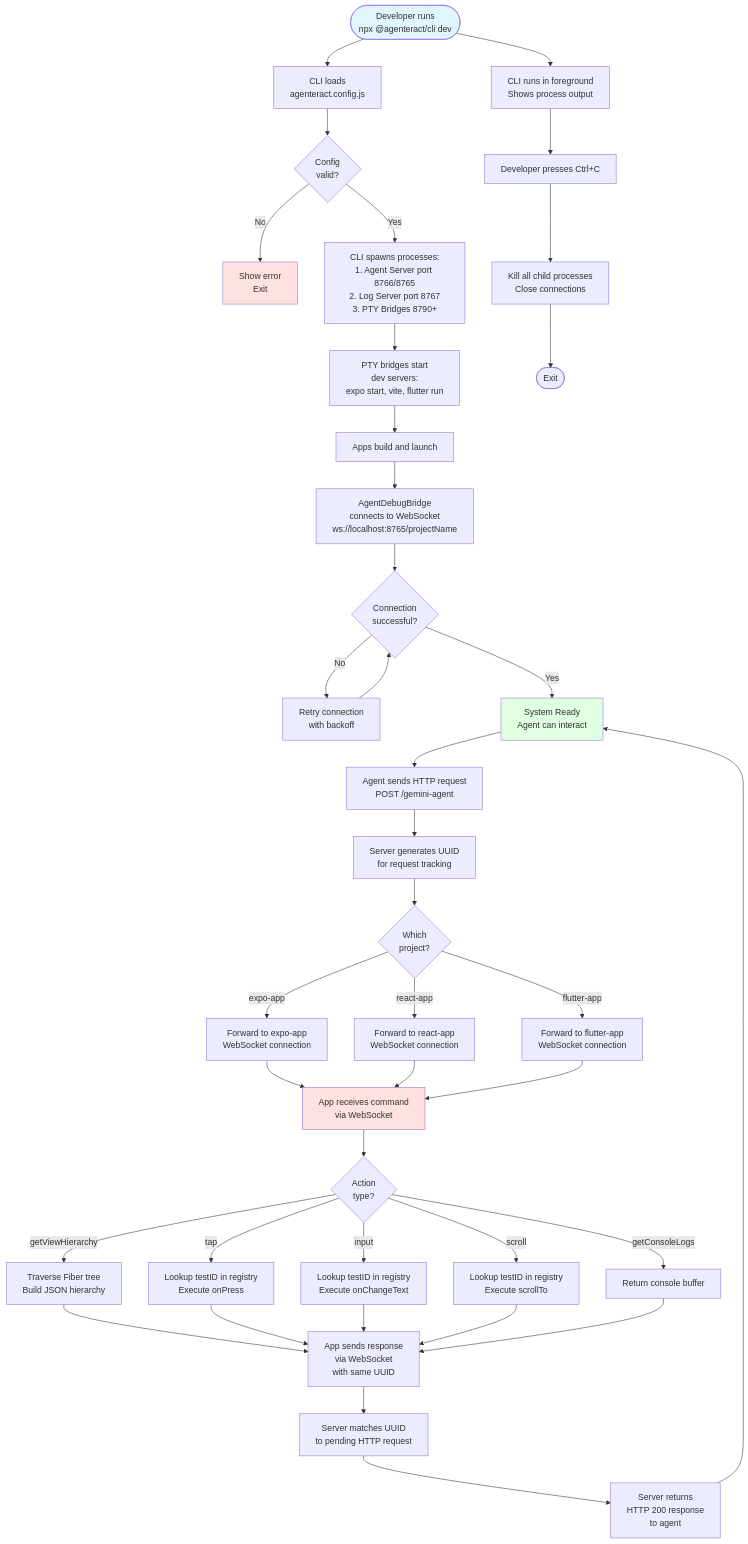
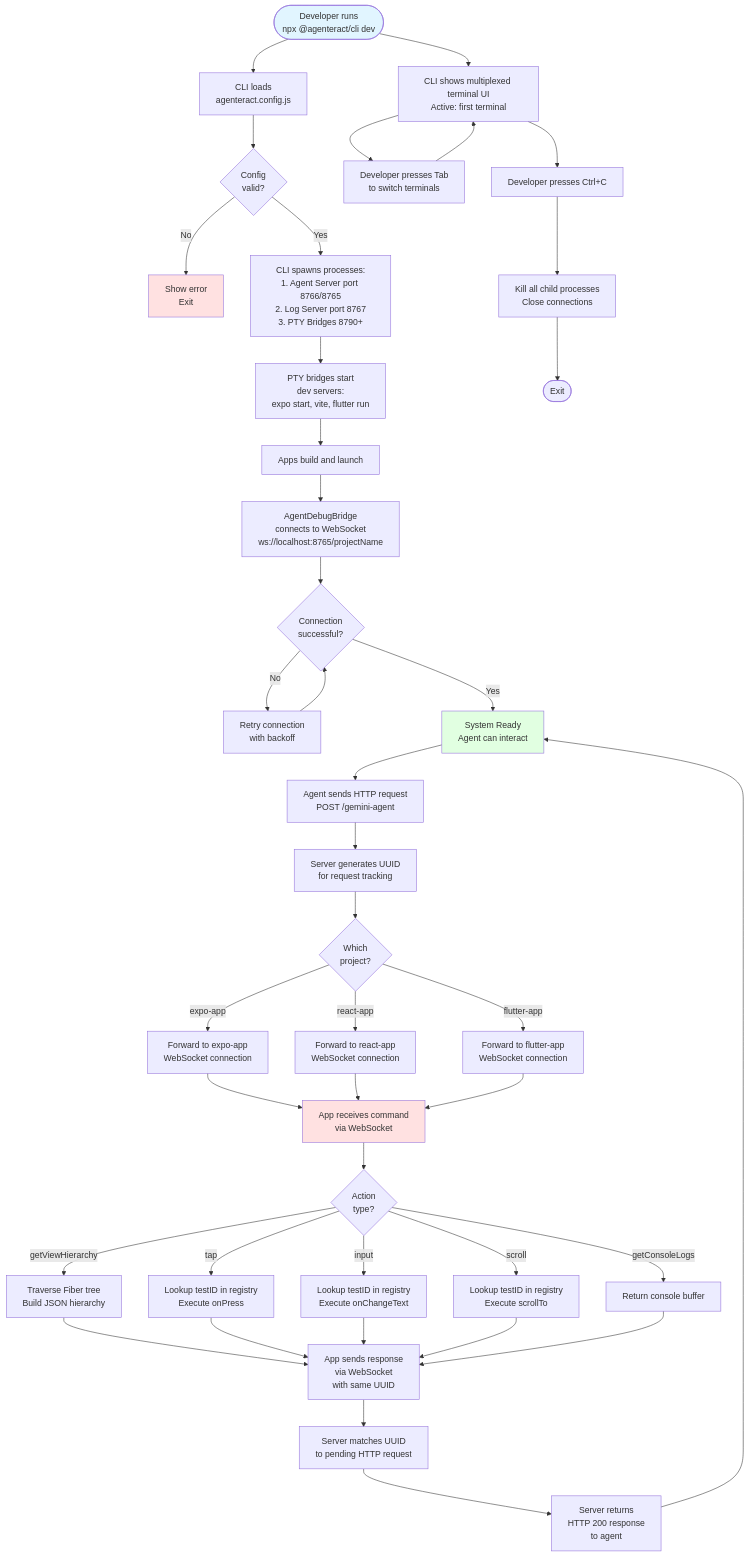
Before and after one commit to agenteract/agenteract: the eighth of 8 diagrams in docs/ARCHITECTURE.md, drawn with Mermaid. The commit also changed other lines of this file, not shown here.

First line of the commit message:
docs: restore terminal multiplexer documentation with accurate implementation details

````diff
--- a/docs/ARCHITECTURE.md
+++ b/docs/ARCHITECTURE.md
@@ -703,72 +718,75 @@
 ```mermaid
 flowchart TD
     START([Developer runs<br/>npx @agenteract/cli dev])
 
     START --> LOAD[CLI loads<br/>agenteract.config.js]
     LOAD --> VALIDATE{Config<br/>valid?}
 
     VALIDATE -->|No| ERROR1[Show error<br/>Exit]
     VALIDATE -->|Yes| SPAWN[CLI spawns processes:<br/>1. Agent Server port 8766/8765<br/>2. Log Server port 8767<br/>3. PTY Bridges 8790+]
 
     SPAWN --> START_DEV[PTY bridges start<br/>dev servers:<br/>expo start, vite, flutter run]
 
     START_DEV --> APPS_BUILD[Apps build and launch]
 
     APPS_BUILD --> BRIDGE_CONNECT[AgentDebugBridge<br/>connects to WebSocket<br/>ws://localhost:8765/projectName]
 
     BRIDGE_CONNECT --> CONNECTED{Connection<br/>successful?}
 
     CONNECTED -->|No| RETRY[Retry connection<br/>with backoff]
     RETRY --> CONNECTED
 
     CONNECTED -->|Yes| READY[System Ready<br/>Agent can interact]
 
     READY --> AGENT_REQ[Agent sends HTTP request<br/>POST /gemini-agent]
 
     AGENT_REQ --> SERVER_GEN_ID[Server generates UUID<br/>for request tracking]
 
     SERVER_GEN_ID --> ROUTE{Which<br/>project?}
 
     ROUTE -->|expo-app| WS1[Forward to expo-app<br/>WebSocket connection]
     ROUTE -->|react-app| WS2[Forward to react-app<br/>WebSocket connection]
     ROUTE -->|flutter-app| WS3[Forward to flutter-app<br/>WebSocket connection]
 
     WS1 --> EXEC
     WS2 --> EXEC
     WS3 --> EXEC
 
     EXEC[App receives command<br/>via WebSocket]
 
     EXEC --> ACTION{Action<br/>type?}
 
     ACTION -->|getViewHierarchy| HIERARCHY[Traverse Fiber tree<br/>Build JSON hierarchy]
     ACTION -->|tap| TAP_EXEC[Lookup testID in registry<br/>Execute onPress]
     ACTION -->|input| INPUT_EXEC[Lookup testID in registry<br/>Execute onChangeText]
     ACTION -->|scroll| SCROLL_EXEC[Lookup testID in registry<br/>Execute scrollTo]
     ACTION -->|getConsoleLogs| LOGS_EXEC[Return console buffer]
 
     HIERARCHY --> RESPOND
     TAP_EXEC --> RESPOND
     INPUT_EXEC --> RESPOND
     SCROLL_EXEC --> RESPOND
     LOGS_EXEC --> RESPOND
 
     RESPOND[App sends response<br/>via WebSocket<br/>with same UUID]
 
     RESPOND --> SERVER_MATCH[Server matches UUID<br/>to pending HTTP request]
 
     SERVER_MATCH --> RETURN[Server returns<br/>HTTP 200 response<br/>to agent]
 
     RETURN --> READY
 
-    START --> RUNNING[CLI runs in foreground<br/>Shows process output]
+    START --> UI[CLI shows multiplexed terminal UI<br/>Active: first terminal]
 
-    RUNNING --> QUIT[Developer presses Ctrl+C]
+    UI --> SWITCH[Developer presses Tab<br/>to switch terminals]
+    SWITCH --> UI
+
+    UI --> QUIT[Developer presses Ctrl+C]
     QUIT --> CLEANUP[Kill all child processes<br/>Close connections]
     CLEANUP --> EXIT([Exit])
 
     style START fill:#e1f5ff
     style READY fill:#e1ffe1
     style EXEC fill:#ffe1e1
     style ERROR1 fill:#ffe1e1
 ```
````
